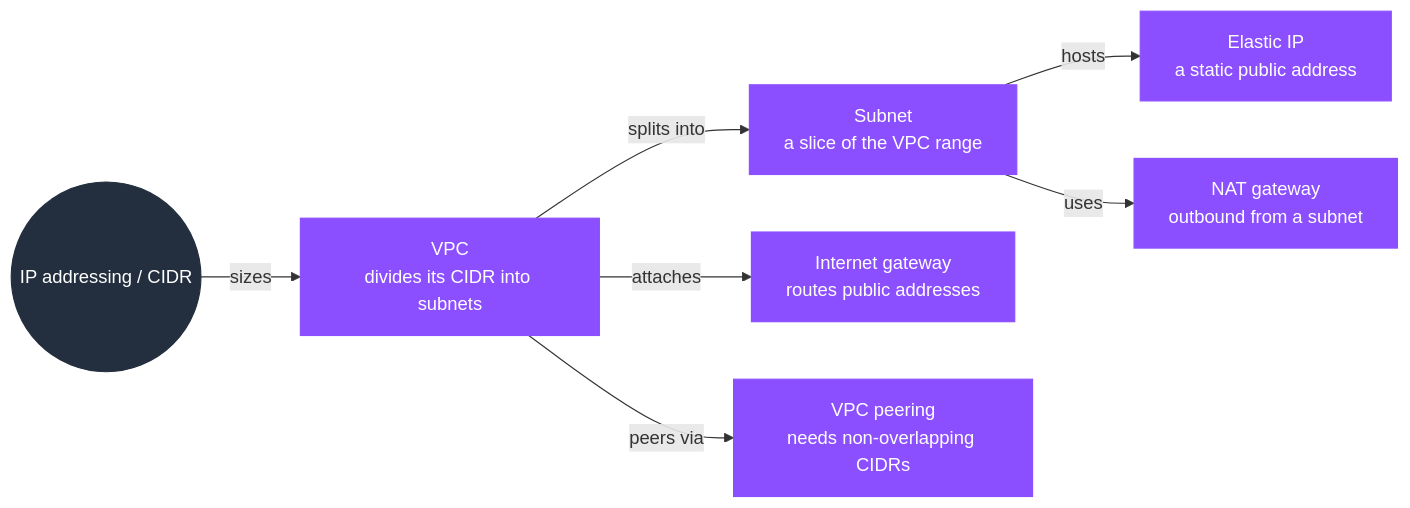
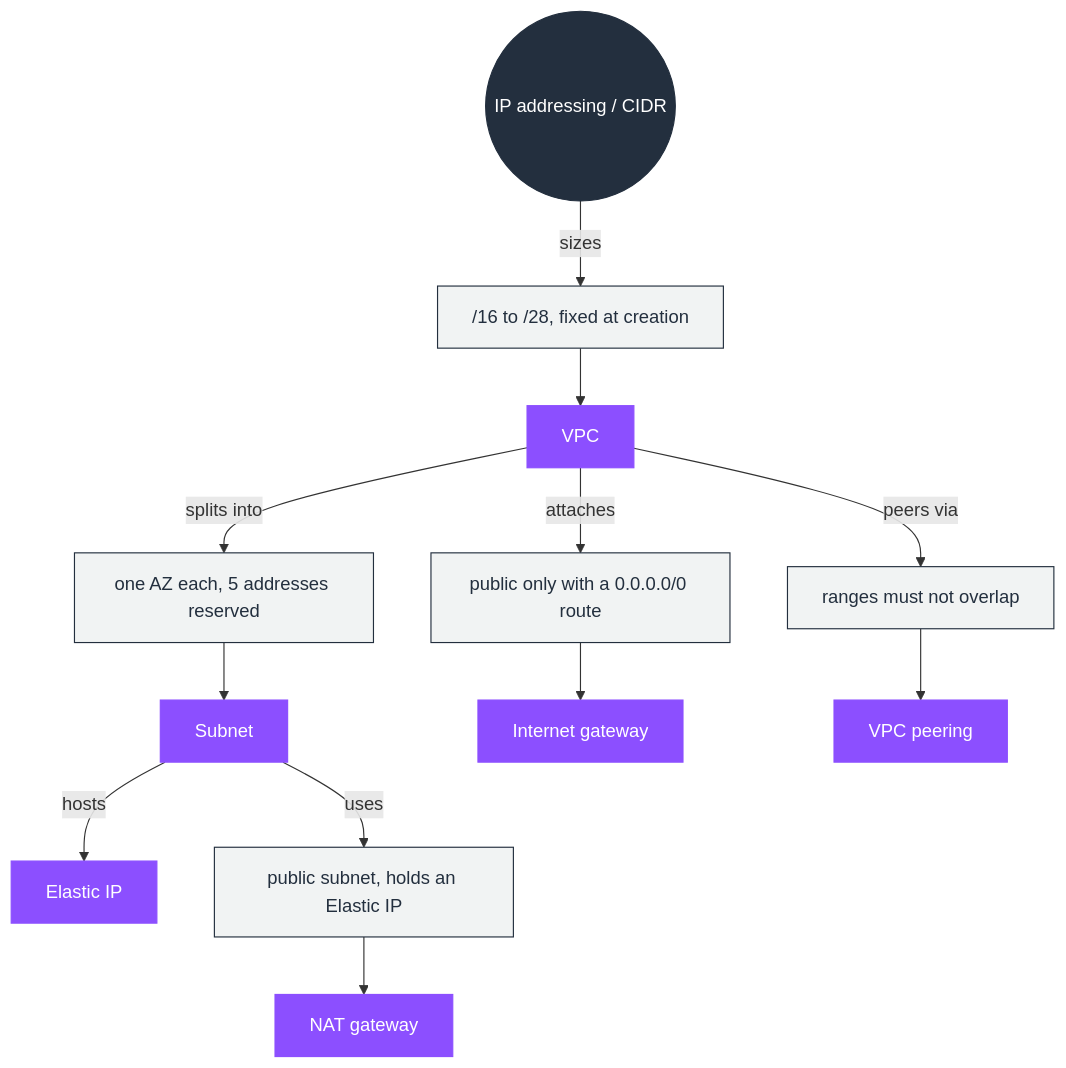
The diagram in 01-concepts/01-networking/01-ip-addressing/README.md (GabrielAlmeidaFlores/AWS-CloudOps-Engineer-Associate-Doc), drawn with Mermaid before and after one commit. The commit also changed other lines of this file and 3 other files, not shown here.

Commit message:
:zap: update: mind map

````diff
--- a/01-concepts/01-networking/01-ip-addressing/README.md
+++ b/01-concepts/01-networking/01-ip-addressing/README.md
@@ -27,20 +27,21 @@
 ```mermaid
-flowchart LR
+flowchart TD
     CIDR(("IP addressing / CIDR"))
-    VPC["VPC<br/>divides its CIDR into subnets"]
-    SN["Subnet<br/>a slice of the VPC range"]
-    EIP["Elastic IP<br/>a static public address"]
-    NAT["NAT gateway<br/>outbound from a subnet"]
-    IGW["Internet gateway<br/>routes public addresses"]
-    PEER["VPC peering<br/>needs non-overlapping CIDRs"]
-    CIDR -->|"sizes"| VPC
-    VPC -->|"splits into"| SN
+    VPC["VPC"]
+    SN["Subnet"]
+    EIP["Elastic IP"]
+    NAT["NAT gateway"]
+    IGW["Internet gateway"]
+    PEER["VPC peering"]
+    CIDR -->|"sizes"| N1["/16 to /28, fixed at creation"]:::note --> VPC
+    VPC -->|"splits into"| N2["one AZ each, 5 addresses reserved"]:::note --> SN
     SN -->|"hosts"| EIP
-    SN -->|"uses"| NAT
-    VPC -->|"attaches"| IGW
-    VPC -->|"peers via"| PEER
+    SN -->|"uses"| N3["public subnet, holds an Elastic IP"]:::note --> NAT
+    VPC -->|"attaches"| N4["public only with a 0.0.0.0/0 route"]:::note --> IGW
+    VPC -->|"peers via"| N5["ranges must not overlap"]:::note --> PEER
     classDef network fill:#8C4FFF,stroke:#8C4FFF,color:#ffffff
     classDef actor fill:#232F3E,stroke:#232F3E,color:#ffffff
+    classDef note fill:#F1F3F3,stroke:#232F3E,color:#232F3E
     class CIDR actor
     class VPC,SN,EIP,NAT,IGW,PEER network
 ```
````
